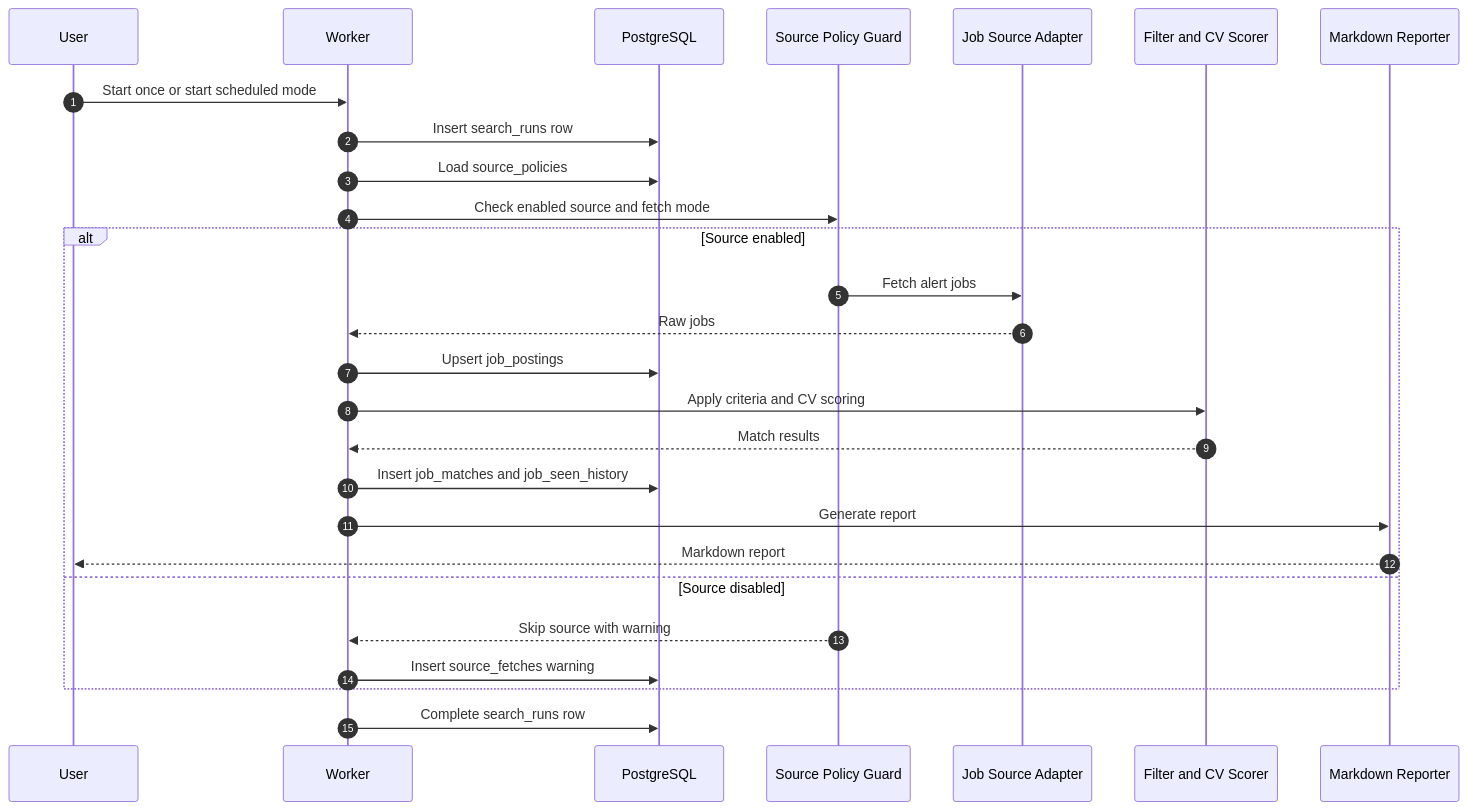
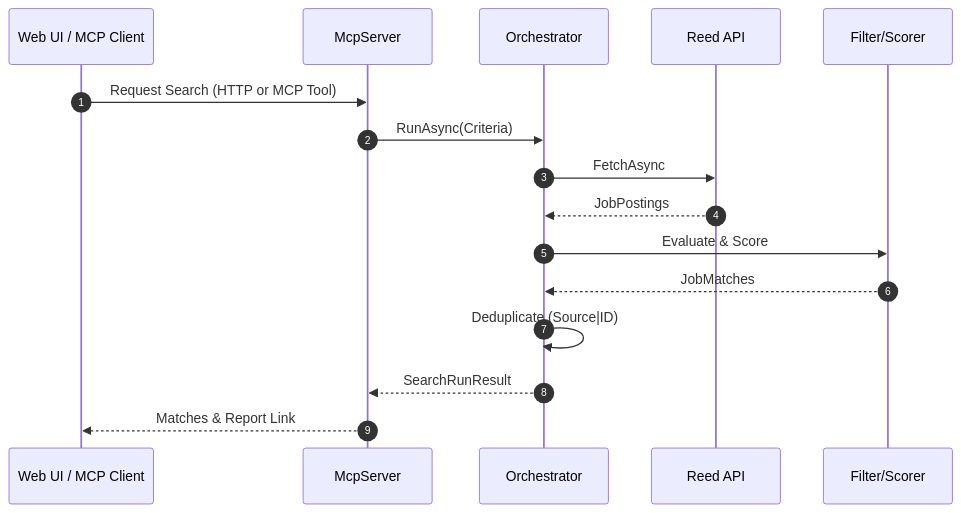
Before and after one commit to ekanatha-urivakili/AiJobSearchAgent: the fifth of 6 diagrams in docs/job-search-agent-architecture.md, drawn with Mermaid. The commit also changed other lines of this file and 21 other files, not shown here.

````diff
--- a/docs/job-search-agent-architecture.md
+++ b/docs/job-search-agent-architecture.md
@@ -168,30 +162,19 @@
 ```mermaid
 sequenceDiagram
     autonumber
-    participant User
-    participant Worker
-    participant DB as PostgreSQL
-    participant Policy as Source Policy Guard
-    participant Source as Job Source Adapter
-    participant Scorer as Filter and CV Scorer
-    participant Report as Markdown Reporter
+    participant Client as Web UI / MCP Client
+    participant Server as McpServer
+    participant Orchestrator
+    participant Source as Reed API
+    participant Scorer as Filter/Scorer
 
-    User->>Worker: Start once or start scheduled mode
-    Worker->>DB: Insert search_runs row
-    Worker->>DB: Load source_policies
-    Worker->>Policy: Check enabled source and fetch mode
-    alt Source enabled
-        Policy->>Source: Fetch alert jobs
-        Source-->>Worker: Raw jobs
-        Worker->>DB: Upsert job_postings
-        Worker->>Scorer: Apply criteria and CV scoring
-        Scorer-->>Worker: Match results
-        Worker->>DB: Insert job_matches and job_seen_history
-        Worker->>Report: Generate report
-        Report-->>User: Markdown report
-    else Source disabled
-        Policy-->>Worker: Skip source with warning
-        Worker->>DB: Insert source_fetches warning
-    end
-    Worker->>DB: Complete search_runs row
+    Client->>Server: Request Search (HTTP or MCP Tool)
+    Server->>Orchestrator: RunAsync(Criteria)
+    Orchestrator->>Source: FetchAsync
+    Source-->>Orchestrator: JobPostings
+    Orchestrator->>Scorer: Evaluate & Score
+    Scorer-->>Orchestrator: JobMatches
+    Orchestrator->>Orchestrator: Deduplicate (Source|ID)
+    Orchestrator-->>Server: SearchRunResult
+    Server-->>Client: Matches & Report Link
 ```
````
